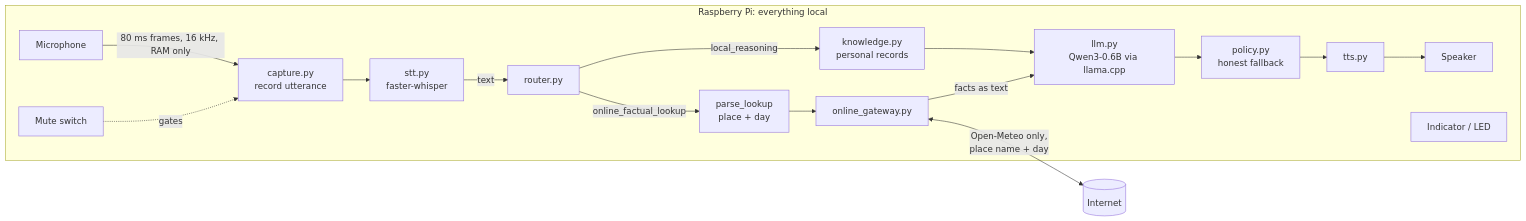
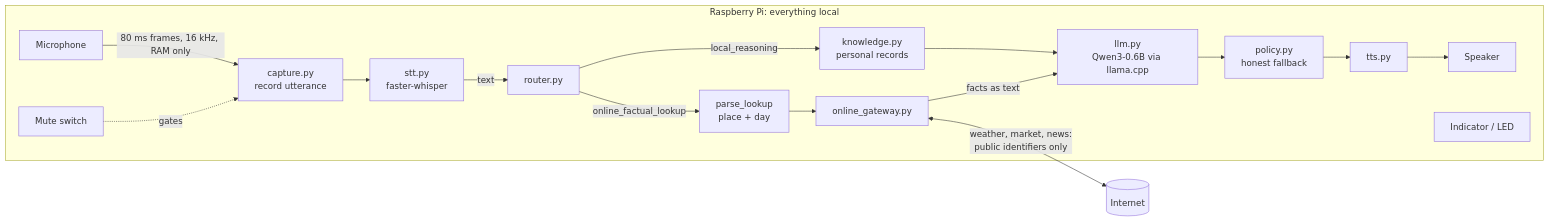
The first of 2 diagrams in docs/architecture.md (tamilselvanbilla/makeathon21_new), drawn with Mermaid before and after one commit. The commit also changed other lines of this file and 5 other files, not shown here.

````diff
--- a/docs/architecture.md
+++ b/docs/architecture.md
@@ -20,19 +20,19 @@
 ```mermaid
 flowchart LR
     subgraph Device["Raspberry Pi: everything local"]
         Mic[Microphone] -->|80 ms frames, 16 kHz, RAM only| Capture[capture.py<br/>record utterance]
         Mute[Mute switch] -.gates.-> Capture
         Capture --> STT[stt.py<br/>faster-whisper]
         STT -->|text| Router[router.py]
         Router -->|local_reasoning| KB[knowledge.py<br/>personal records]
         KB --> LLM[llm.py<br/>Qwen3-0.6B via llama.cpp]
         Router -->|online_factual_lookup| Parse[parse_lookup<br/>place + day]
         Parse --> GW[online_gateway.py]
         GW -->|facts as text| LLM
         LLM --> Policy[policy.py<br/>honest fallback]
         Policy --> TTS[tts.py]
         TTS --> Spk[Speaker]
         LED[Indicator / LED]
     end
-    GW <-->|Open-Meteo only,<br/>place name + day| Net[(Internet)]
+    GW <-->|weather, market, news:<br/>public identifiers only| Net[(Internet)]
 ```
````
